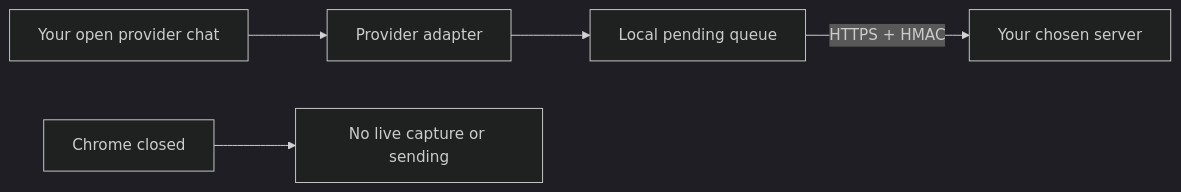
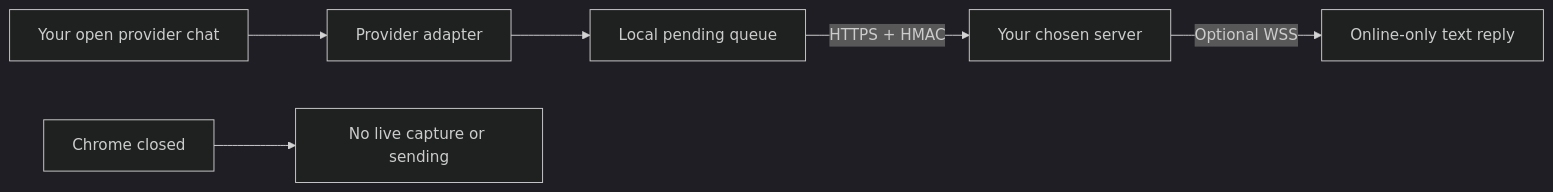
The diagram in README.md (kaojai-ai/omnichat-bridge), drawn with Mermaid (dark theme) before and after one commit. The commit also changed other lines of this file and 7 other files, not shown here.

````diff
--- a/README.md
+++ b/README.md
@@ -36,7 +36,8 @@
 ```mermaid
 flowchart LR
     A["Your open provider chat"] --> B["Provider adapter"]
     B --> C["Local pending queue"]
     C -->|"HTTPS + HMAC"| D["Your chosen server"]
+    D -->|"Optional WSS"| G["Online-only text reply"]
     E["Chrome closed"] --> F["No live capture or sending"]
 ```
````
